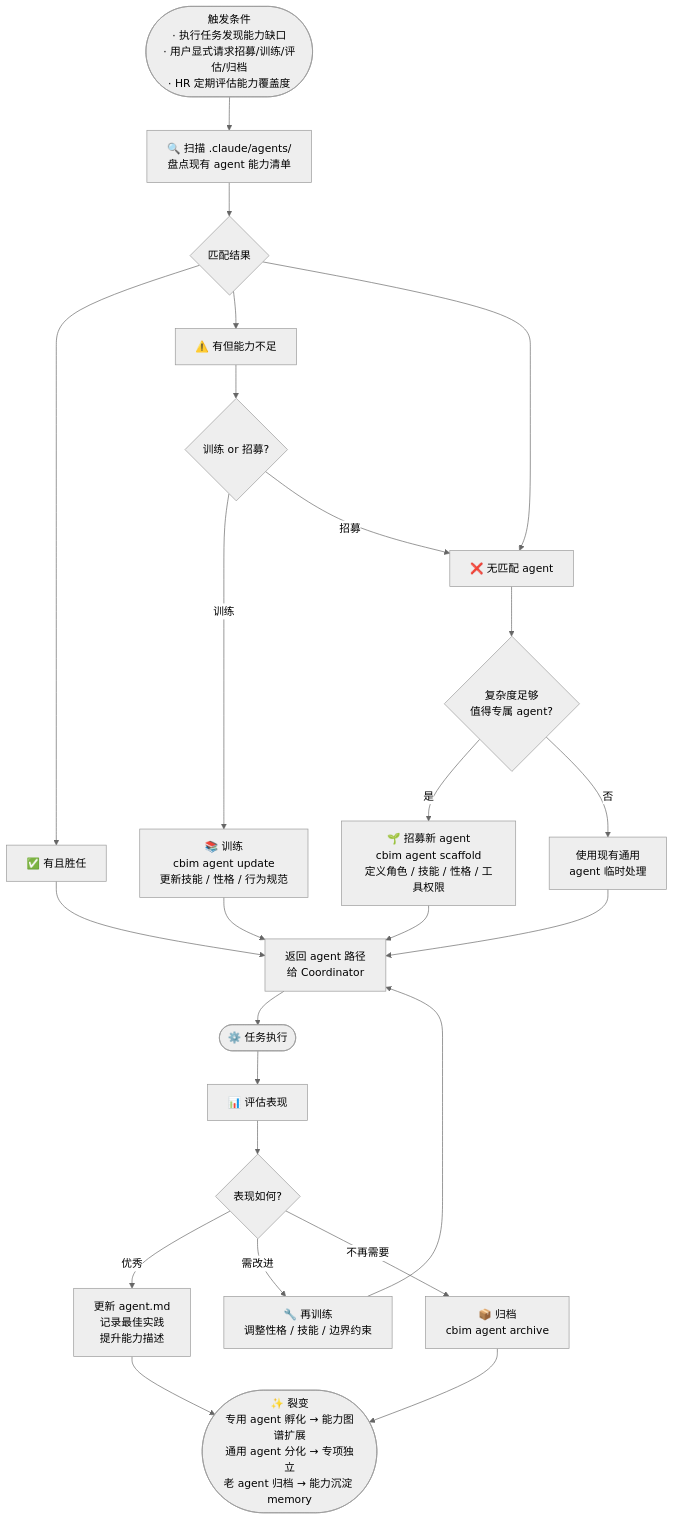
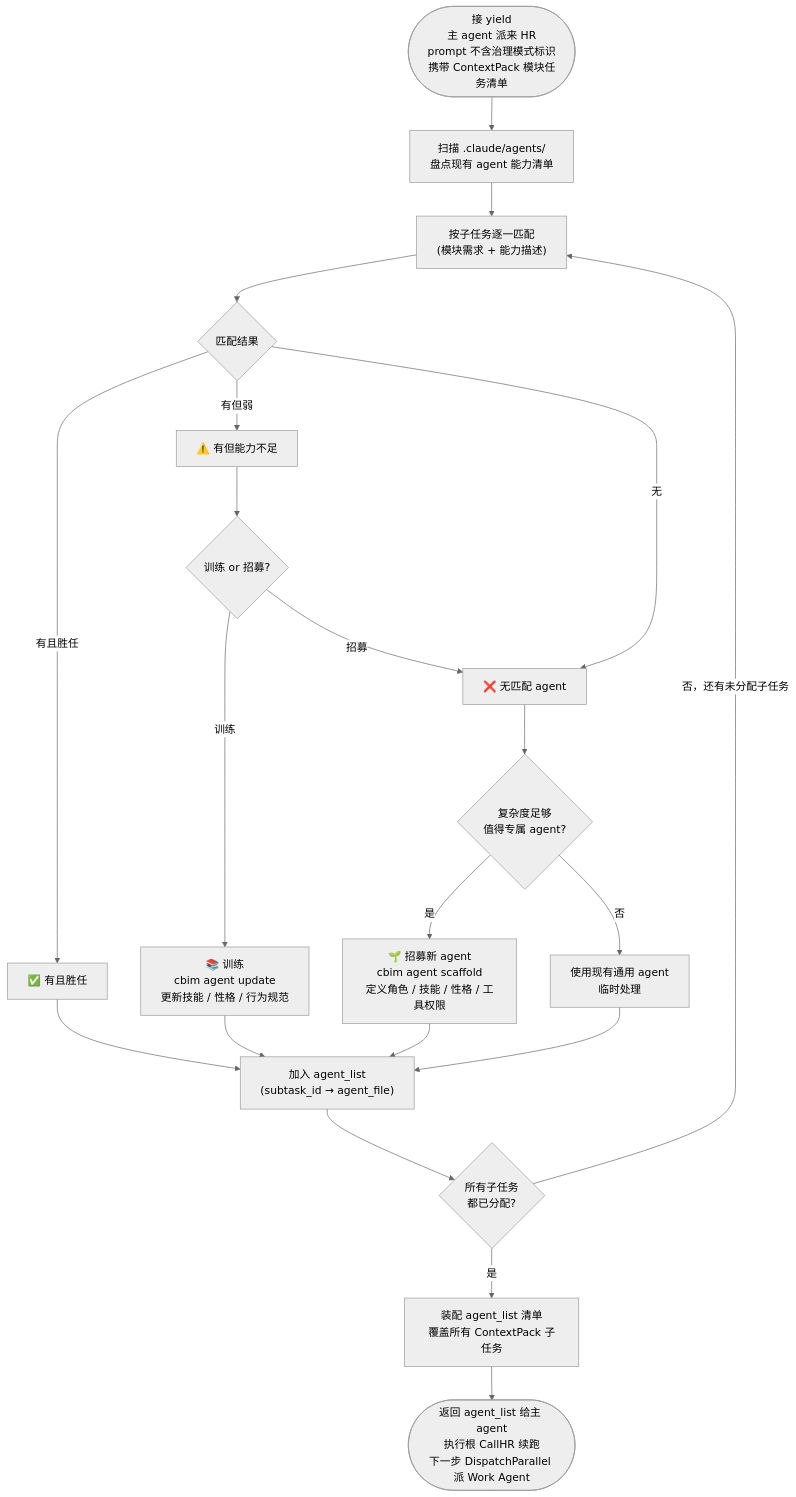
Before and after one commit to nan023062/agent-team-cc: the first of 2 diagrams in design/WORKFLOW-HR.zh-CN.md, drawn with Mermaid (neutral theme). The commit also changed other lines of this file and 5 other files, not shown here.

````diff
--- a/design/WORKFLOW-HR.zh-CN.md
+++ b/design/WORKFLOW-HR.zh-CN.md
@@ -8,56 +35,50 @@
 ```mermaid
 flowchart TD
-    Trigger(["触发条件<br/>· 执行任务发现能力缺口<br/>· 用户显式请求招募/训练/评估/归档<br/>· HR 定期评估能力覆盖度"])
+    Yield(["接 yield<br/>主 agent 派来 HR<br/>prompt 不含治理模式标识<br/>携带 ContextPack 模块任务清单"])
 
-    Scan["🔍 扫描 .claude/agents/<br/>盘点现有 agent 能力清单"]
+    Scan["扫描 .claude/agents/<br/>盘点现有 agent 能力清单"]
+    PerTask["按子任务逐一匹配<br/>(模块需求 + 能力描述)"]
     Match{"匹配结果"}
 
     HasFit["✅ 有且胜任"]
     HasWeak["⚠️ 有但能力不足"]
     NoAgent["❌ 无匹配 agent"]
 
-    ReturnPath["返回 agent 路径<br/>给 Coordinator"]
+    AddToList["加入 agent_list<br/>(subtask_id → agent_file)"]
+
     TrainOrRecruit{"训练 or 招募?"}
     Train["📚 训练<br/>cbim agent update<br/>更新技能 / 性格 / 行为规范"]
     WorthNew{"复杂度足够<br/>值得专属 agent?"}
     Scaffold["🌱 招募新 agent<br/>cbim agent scaffold<br/>定义角色 / 技能 / 性格 / 工具权限"]
-    Temporary["使用现有通用<br/>agent 临时处理"]
+    Temporary["使用现有通用 agent<br/>临时处理"]
 
-    Execute(["⚙️ 任务执行"])
-    Assess["📊 评估表现"]
-    AssessResult{"表现如何?"}
-    Improve["更新 agent.md<br/>记录最佳实践<br/>提升能力描述"]
-    Retrain["🔧 再训练<br/>调整性格 / 技能 / 边界约束"]
-    Archive["📦 归档<br/>cbim agent archive"]
+    AllDone{"所有子任务<br/>都已分配?"}
+    BuildList["装配 agent_list 清单<br/>覆盖所有 ContextPack 子任务"]
 
-    Fission(["✨ 裂变<br/>专用 agent 孵化 → 能力图谱扩展<br/>通用 agent 分化 → 专项独立<br/>老 agent 归档 → 能力沉淀 memory"])
+    Return(["返回 agent_list 给主 agent<br/>执行根 CallHR 续跑<br/>下一步 DispatchParallel 派 Work Agent"])
 
-    Trigger --> Scan
-    Scan --> Match
-    Match --> HasFit
-    Match --> HasWeak
-    Match --> NoAgent
+    Yield --> Scan
+    Scan --> PerTask
+    PerTask --> Match
+    Match -->|有且胜任| HasFit
+    Match -->|有但弱| HasWeak
+    Match -->|无| NoAgent
 
-    HasFit --> ReturnPath
+    HasFit --> AddToList
+
     HasWeak --> TrainOrRecruit
-    TrainOrRecruit -->|"训练"| Train
-    TrainOrRecruit -->|"招募"| NoAgent
-    Train --> ReturnPath
+    TrainOrRecruit -->|训练| Train
+    TrainOrRecruit -->|招募| NoAgent
+    Train --> AddToList
 
     NoAgent --> WorthNew
-    WorthNew -->|"是"| Scaffold
-    WorthNew -->|"否"| Temporary
-    Scaffold --> ReturnPath
-    Temporary --> ReturnPath
+    WorthNew -->|是| Scaffold
+    WorthNew -->|否| Temporary
+    Scaffold --> AddToList
+    Temporary --> AddToList
 
-    ReturnPath --> Execute
-    Execute --> Assess
-    Assess --> AssessResult
-    AssessResult -->|"优秀"| Improve
-    AssessResult -->|"需改进"| Retrain
-    AssessResult -->|"不再需要"| Archive
-
-    Improve --> Fission
-    Retrain --> ReturnPath
-    Archive --> Fission
+    AddToList --> AllDone
+    AllDone -->|否，还有未分配子任务| PerTask
+    AllDone -->|是| BuildList
+    BuildList --> Return
 ```
````
